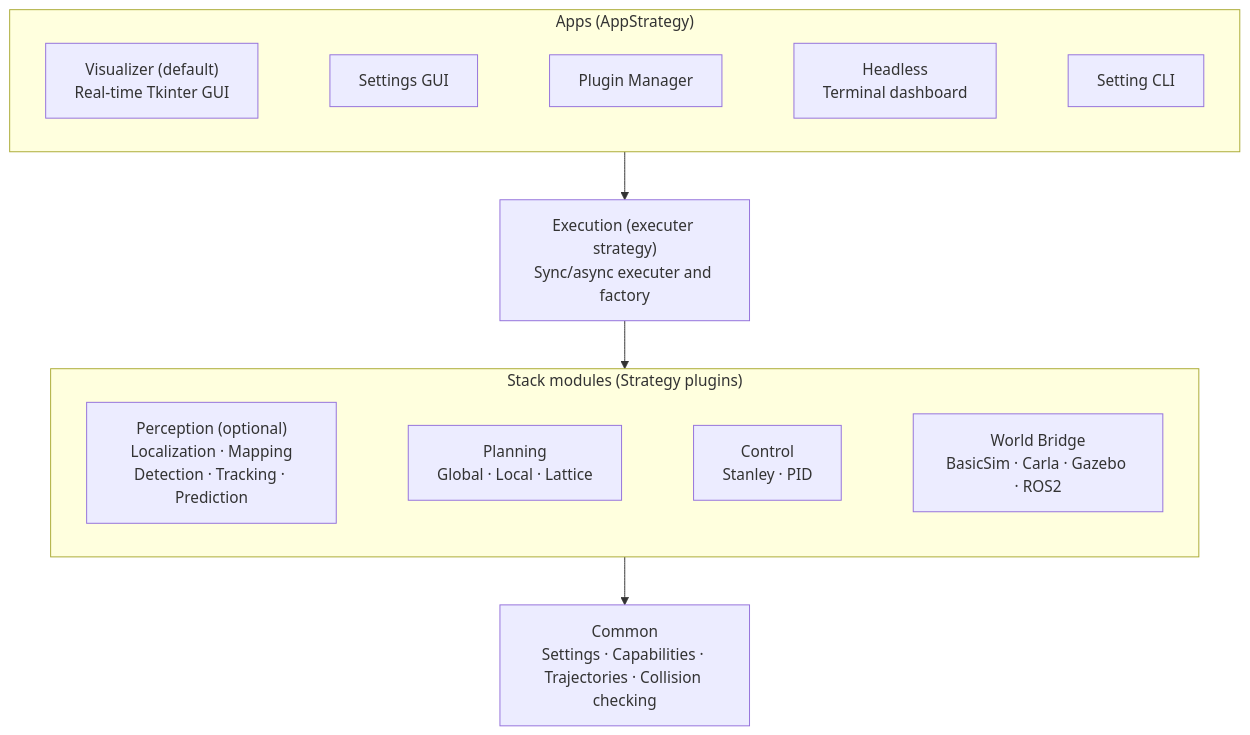
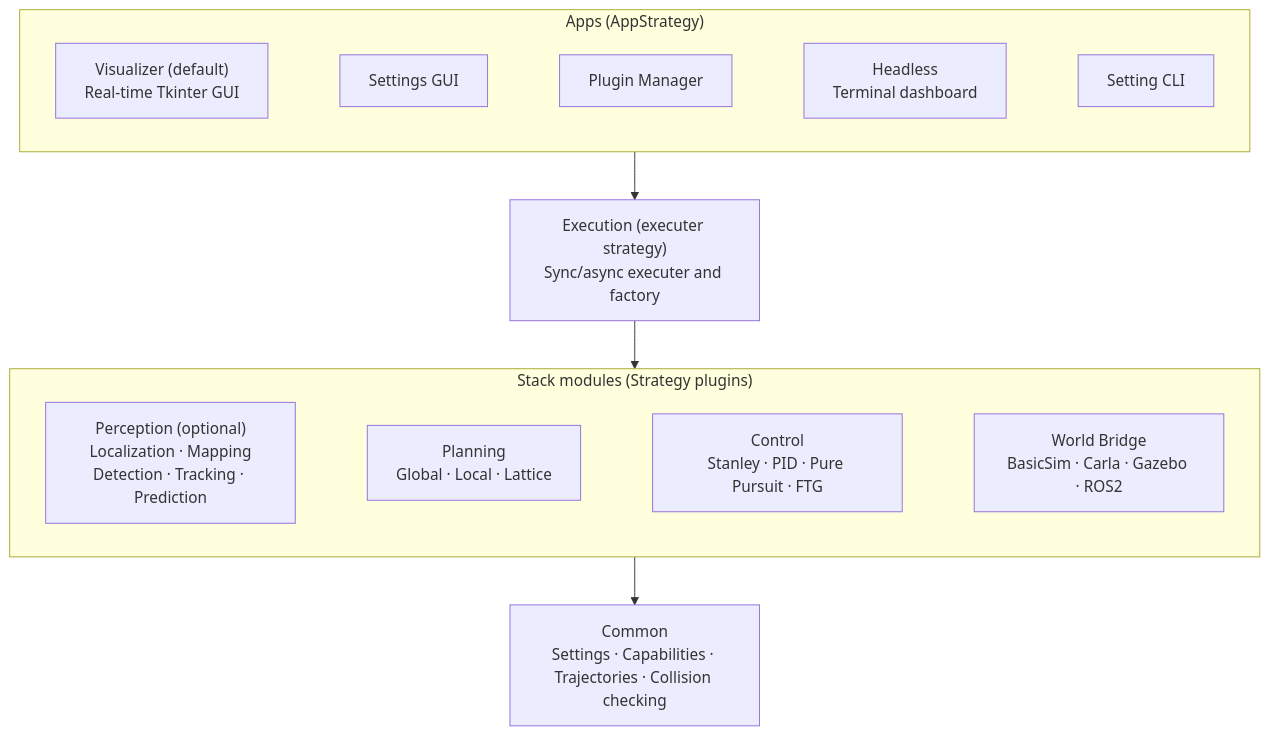
The first of 2 diagrams in docs/architecture.md (AV-Lab/avlite), drawn with Mermaid before and after one commit. The commit also changed other lines of this file and 86 other files, not shown here.

First line of the commit message:
Release 0.4.5: typed map capabilities, MayUse soft deps, Pure Pursuit/FTG, and stack contract validation.

````diff
--- a/docs/architecture.md
+++ b/docs/architecture.md
@@ -7,29 +7,29 @@
 ```mermaid
 flowchart TB
     subgraph ENTRY["Apps (AppStrategy)"]
         direction LR
         VIZ["Visualizer (default)\nReal-time Tkinter GUI"]
         SET["Settings GUI"]
         PLG["Plugin Manager"]
         HL["Headless\nTerminal dashboard"]
         SCLI["Setting CLI"]
         VIZ ~~~ SET ~~~ PLG ~~~ HL ~~~ SCLI
     end
 
     EXEC["Execution (executer strategy)\nSync/async executer and factory"]
 
     subgraph COMPONENTS["Stack modules (Strategy plugins)"]
         direction LR
         PERC["Perception (optional)\nLocalization · Mapping\nDetection · Tracking · Prediction"]
         PLAN["Planning\nGlobal · Local · Lattice"]
-        CTRL["Control\nStanley · PID"]
+        CTRL["Control\nStanley · PID · Pure Pursuit · FTG"]
         WB["World Bridge\nBasicSim · Carla · Gazebo · ROS2"]
         PERC ~~~ PLAN ~~~ CTRL ~~~ WB
     end
 
     COMMON["Common\nSettings · Capabilities · Trajectories · Collision checking"]
 
     ENTRY --> EXEC
     EXEC --> COMPONENTS
     COMPONENTS --> COMMON
 ```
````
